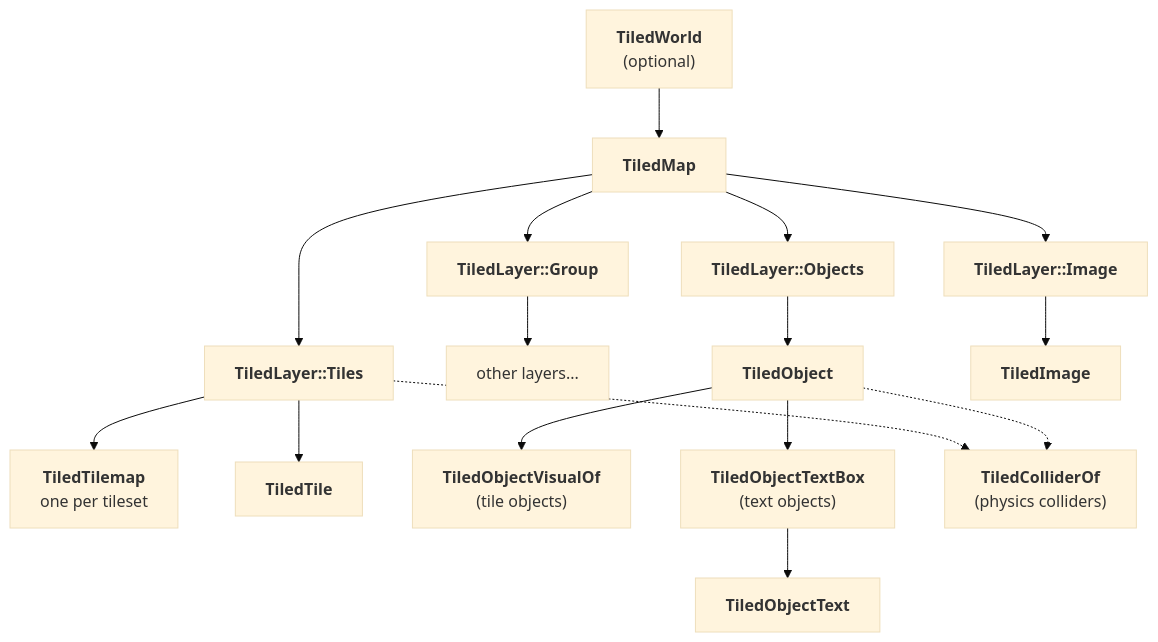
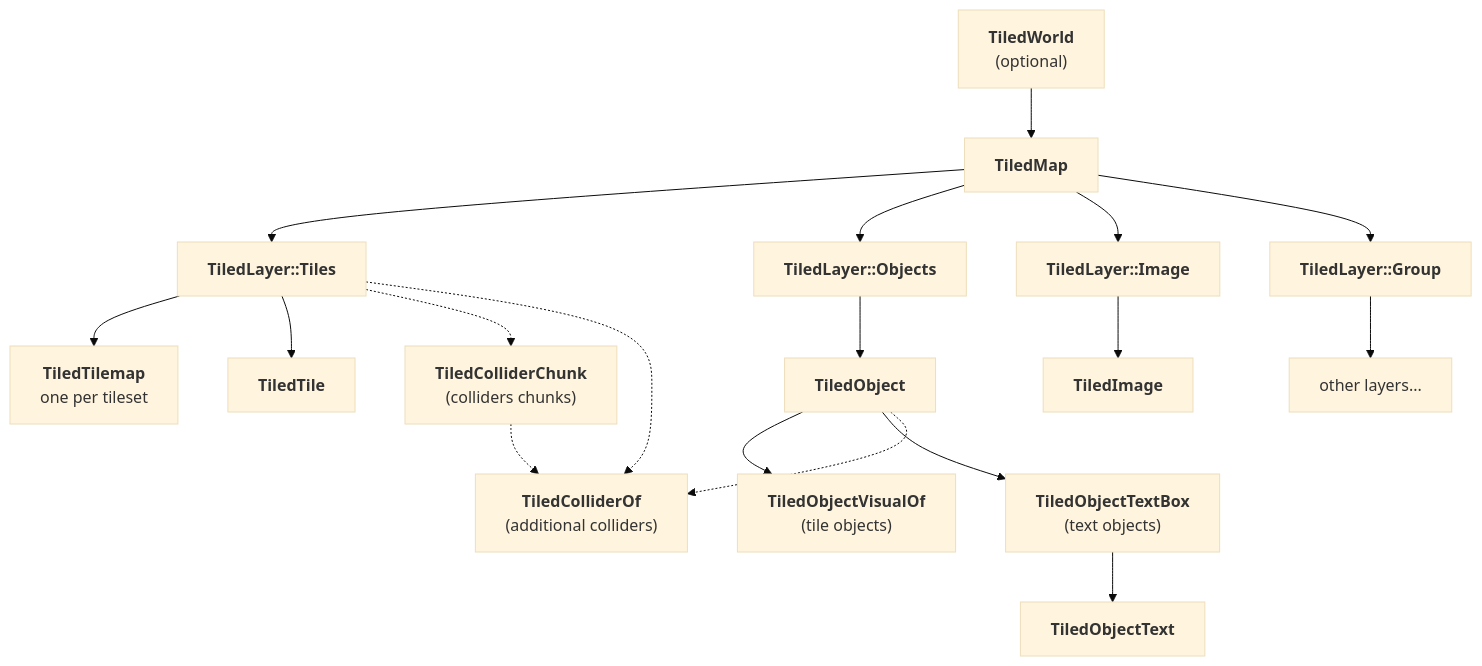
Before and after one commit to adrien-bon/bevy_ecs_tiled: the diagram in book/src/design/entities_hierarchy.md, drawn with Mermaid (base theme). The commit also changed other lines of this file, not shown here.

````diff
--- a/book/src/design/entities_hierarchy.md
+++ b/book/src/design/entities_hierarchy.md
@@ -13,29 +13,31 @@
 ```mermaid
 flowchart TD
     W["<b>TiledWorld</b><br/>(optional)"]
     M["<b>TiledMap</b>"]
     LT["<b>TiledLayer::Tiles</b>"]
     LO["<b>TiledLayer::Objects</b>"]
     LI["<b>TiledLayer::Image</b>"]
     LG["<b>TiledLayer::Group</b>"]
     LS["other layers..."]
     T["<b>TiledTilemap</b><br/>one per tileset"]
     TI["<b>TiledTile</b>"]
     O["<b>TiledObject</b>"]
     OV["<b>TiledObjectVisualOf</b><br/>(tile objects)"]
     OB["<b>TiledObjectTextBox</b><br/>(text objects)"]
     OT["<b>TiledObjectText</b>"]
     I["<b>TiledImage</b>"]
-    C["<b>TiledColliderOf</b><br/>(physics colliders)"]
+    CC["<b>TiledColliderChunk</b><br/>(colliders chunks)"]
+    C["<b>TiledColliderOf</b><br/>(additional colliders)"]
 
     W --> M
     M --> LT & LO & LI & LG
     LG --> LS
     LT --> T & TI
     LO --> O
     O --> OV
     O --> OB --> OT
     LI --> I
+    LT -.-> CC -.-> C
     LT -.-> C
     O -.-> C
 ```
````
